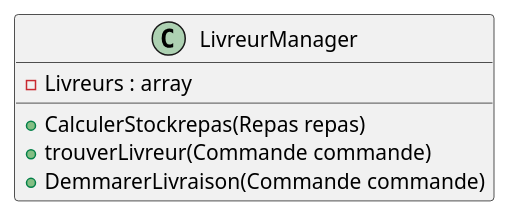
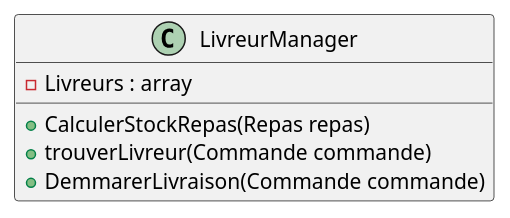
The diagram in Class/LivreurManager.puml (laurasullyalexandrine/expressfood), drawn with PlantUML before and after one commit. The commit also changed 11 other files, not shown here.

```diff
--- a/Class/LivreurManager.puml
+++ b/Class/LivreurManager.puml
@@ -1,11 +1,11 @@
 @startuml LivreurManager
 
 Class LivreurManager {
     - Livreurs : array
 
-    + CalculerStockrepas(Repas repas)
+    + CalculerStockRepas(Repas repas)
     + trouverLivreur(Commande commande)
     + DemmarerLivraison(Commande commande)
 }
 
 @enduml
```
